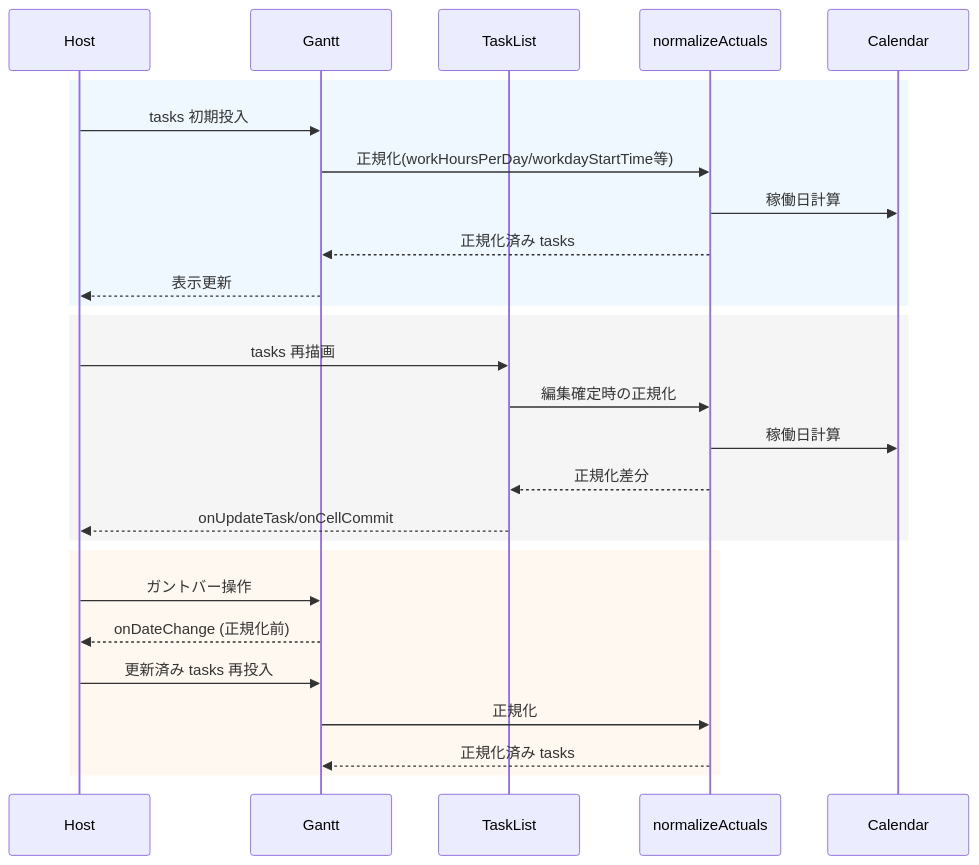
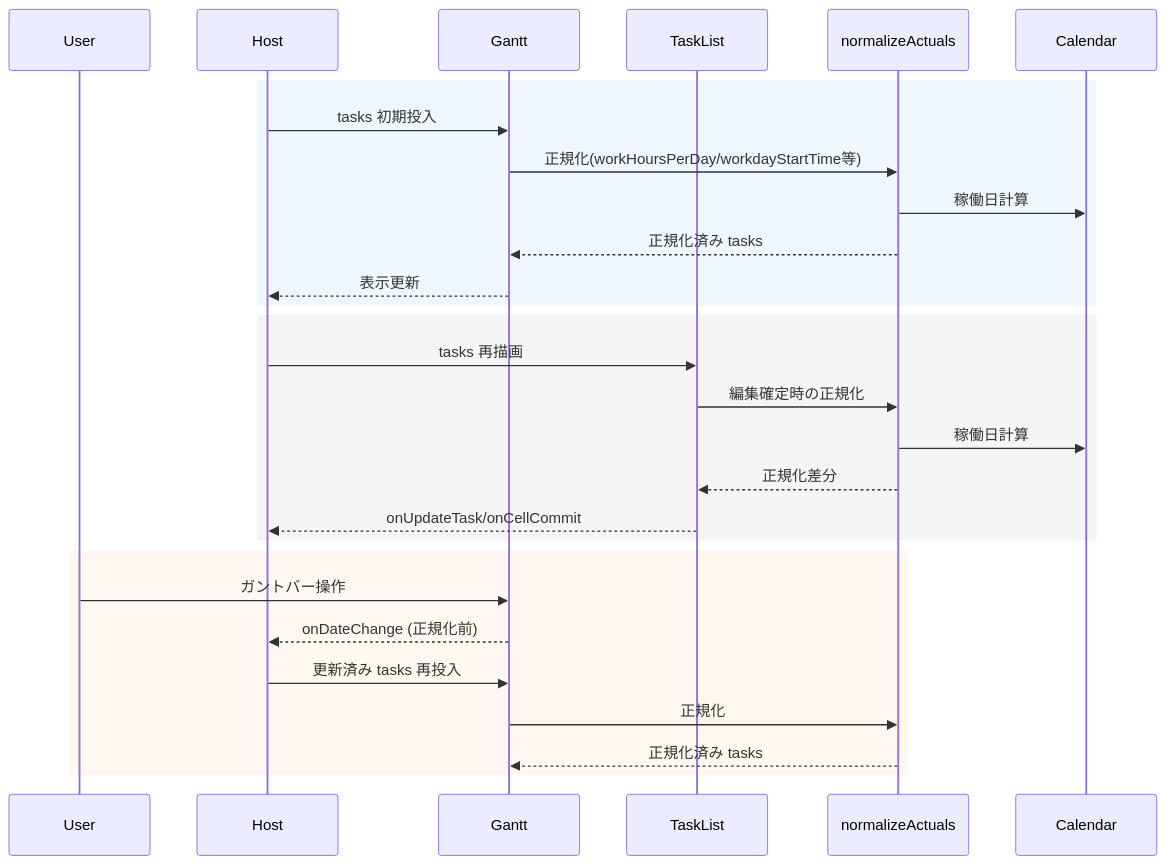
The second of 2 diagrams in .github/copilot/plans/41-actuals-linkage-bar-priority-spec.md (LevelCapTech/gantt-task-react-custom), drawn with Mermaid before and after one commit.

Commit message:
fix: シーケンス図の主体を修正
ガントバー操作の主体をUserに明示し、
シーケンス図の呼び出し方向を整合させる

````diff
--- a/.github/copilot/plans/41-actuals-linkage-bar-priority-spec.md
+++ b/.github/copilot/plans/41-actuals-linkage-bar-priority-spec.md
@@ -68,32 +68,33 @@
 ```mermaid
 sequenceDiagram
+  participant User
   participant Host
   participant Gantt
   participant TaskList
   participant Normalize as normalizeActuals
   participant Calendar
 
   rect rgb(240, 248, 255)
     Host->>Gantt: tasks 初期投入
     Gantt->>Normalize: 正規化(workHoursPerDay/workdayStartTime等)
     Normalize->>Calendar: 稼働日計算
     Normalize-->>Gantt: 正規化済み tasks
     Gantt-->>Host: 表示更新
   end
 
   rect rgb(245, 245, 245)
     Host->>TaskList: tasks 再描画
     TaskList->>Normalize: 編集確定時の正規化
     Normalize->>Calendar: 稼働日計算
     Normalize-->>TaskList: 正規化差分
     TaskList-->>Host: onUpdateTask/onCellCommit
   end
 
   rect rgb(255, 248, 240)
-    Host->>Gantt: ガントバー操作
+    User->>Gantt: ガントバー操作
     Gantt-->>Host: onDateChange (正規化前)
     Host->>Gantt: 更新済み tasks 再投入
     Gantt->>Normalize: 正規化
     Normalize-->>Gantt: 正規化済み tasks
   end
 ```
````
